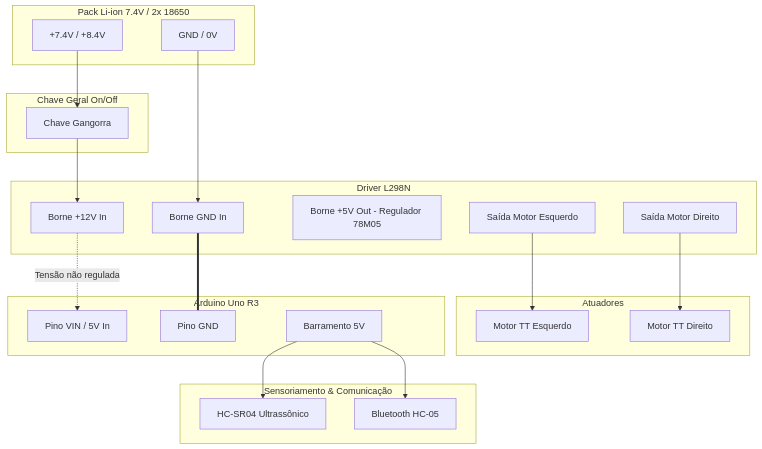
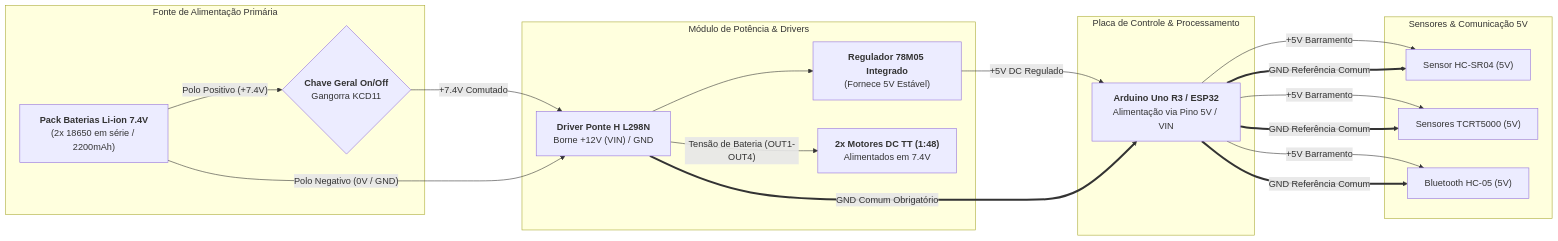
The second of 2 diagrams in docs/04-esquematico-eletrico.md (rcm2005/MakerLabTechnicalDoc), drawn with Mermaid before and after one commit. The commit also changed other lines of this file and 2 other files, not shown here.

Commit message:
feat: tabela dimensional com datasheets e diagramas de blocos e alimentacao

````diff
--- a/docs/04-esquematico-eletrico.md
+++ b/docs/04-esquematico-eletrico.md
@@ -33,47 +86,44 @@
 ```mermaid
-flowchart TD
-    subgraph BATERIA [Pack Li-ion 7.4V / 2x 18650]
-        BAT_POS[+7.4V / +8.4V]
-        BAT_NEG[GND / 0V]
+flowchart LR
+    subgraph FONTE [Fonte de Alimentação Primária]
+        BAT["<b>Pack Baterias Li-ion 7.4V</b><br>(2x 18650 em série / 2200mAh)"]
+        SW{"<b>Chave Geral On/Off</b><br>Gangorra KCD11"}
     end
 
-    subgraph CHAVE [Chave Geral On/Off]
-        SW[Chave Gangorra]
+    subgraph POTENCIA [Módulo de Potência & Drivers]
+        L298["<b>Driver Ponte H L298N</b><br>Borne +12V (VIN) / GND"]
+        REG5V["<b>Regulador 78M05 Integrado</b><br>(Fornece 5V Estável)"]
+        MOT["<b>2x Motores DC TT (1:48)</b><br>Alimentados em 7.4V"]
     end
 
-    subgraph PONTE_H [Driver L298N]
-        VIN_L298[Borne +12V In]
-        GND_L298[Borne GND In]
-        V5_L298[Borne +5V Out - Regulador 78M05]
-        OUT1_OUT2[Saída Motor Esquerdo]
-        OUT3_OUT4[Saída Motor Direito]
+    subgraph LOGICA [Placa de Controle & Processamento]
+        ARD["<b>Arduino Uno R3 / ESP32</b><br>Alimentação via Pino 5V / VIN"]
     end
 
-    subgraph MOTORES [Atuadores]
-        ME[Motor TT Esquerdo]
-        MD[Motor TT Direito]
+    subgraph PERIFERICOS [Sensores & Comunicação 5V]
+        US["Sensor HC-SR04 (5V)"]
+        TC["Sensores TCRT5000 (5V)"]
+        BT["Bluetooth HC-05 (5V)"]
     end
 
-    subgraph ARDUINO [Arduino Uno R3]
-        VIN_ARD[Pino VIN / 5V In]
-        GND_ARD[Pino GND]
-        V5_ARD[Barramento 5V]
-    end
+    %% Conexões de Potência
+    BAT -- "Polo Positivo (+7.4V)" --> SW
+    SW -- "+7.4V Comutado" --> L298
+    BAT -- "Polo Negativo (0V / GND)" --> L298
+    
+    L298 -- "Tensão de Bateria (OUT1-OUT4)" --> MOT
+    L298 --> REG5V
 
-    subgraph SENSORES_MODULOS [Sensoriamento & Comunicação]
-        SONAR[HC-SR04 Ultrassônico]
-        BT[Bluetooth HC-05]
-    end
+    %% Conexões Lógicas e Reguladas
+    REG5V -- "+5V DC Regulado" --> ARD
+    L298 == "GND Comum Obrigatório" ==> ARD
 
-    BAT_POS --> SW --> VIN_L298
-    BAT_NEG --> GND_L298
-    
-    VIN_L298 -. Tensão não regulada .-> VIN_ARD
-    GND_L298 === GND_ARD
-    
-    OUT1_OUT2 --> ME
-    OUT3_OUT4 --> MD
-    
-    V5_ARD --> SONAR
-    V5_ARD --> BT
+    %% Distribuição de 5V para Sensores
+    ARD -- "+5V Barramento" --> US
+    ARD -- "+5V Barramento" --> TC
+    ARD -- "+5V Barramento" --> BT
+
+    ARD == "GND Referência Comum" ==> US
+    ARD == "GND Referência Comum" ==> TC
+    ARD == "GND Referência Comum" ==> BT
 ```
````
